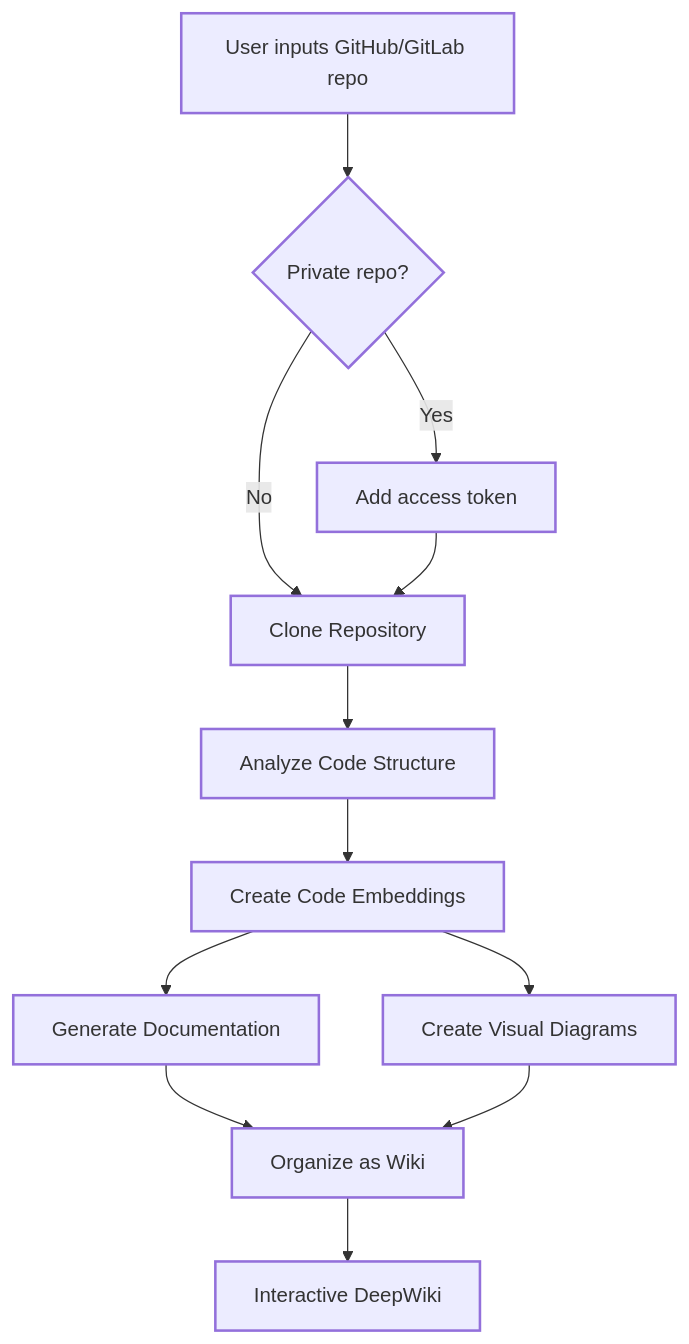
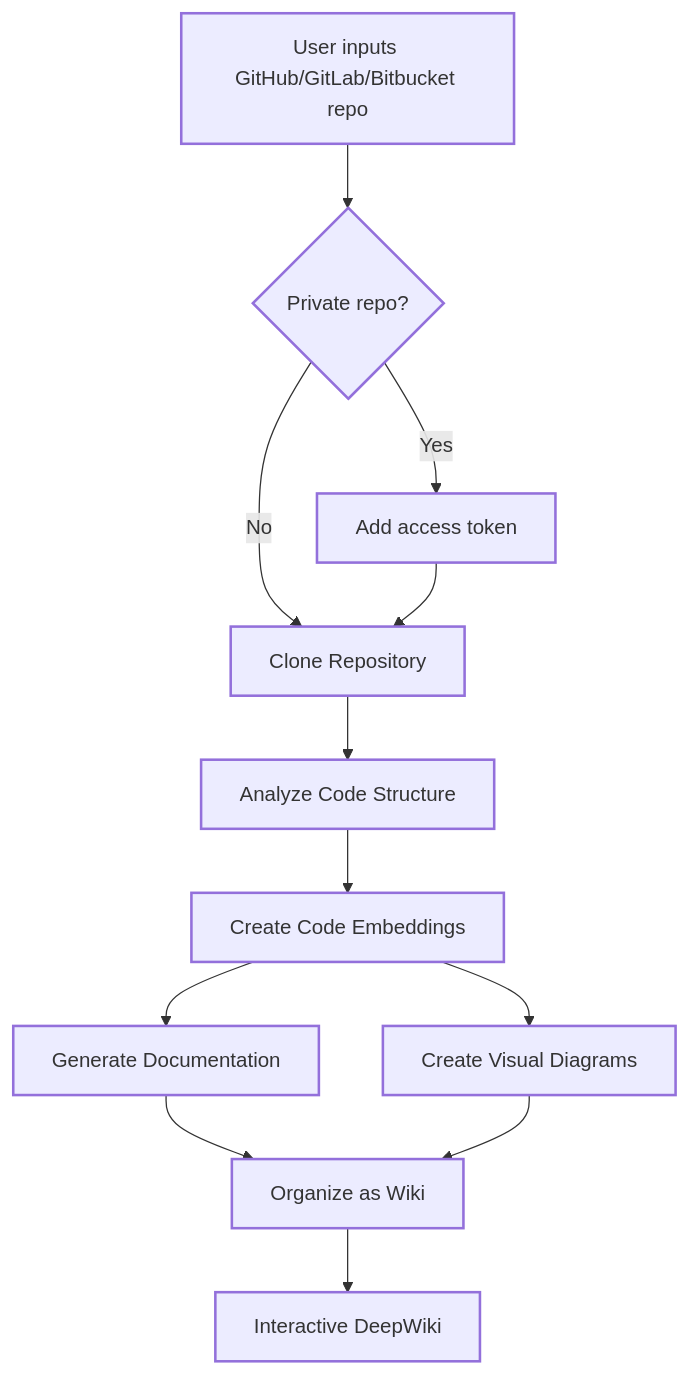
The diagram in README.md (zhlhaohao/deepwiki-open), drawn with Mermaid before and after one commit. The commit also changed other lines of this file and 6 other files, not shown here.

````diff
--- a/README.md
+++ b/README.md
@@ -102,24 +102,24 @@
 ```mermaid
 graph TD
-    A[User inputs GitHub/GitLab repo] --> AA{Private repo?}
+    A[User inputs GitHub/GitLab/Bitbucket repo] --> AA{Private repo?}
     AA -->|Yes| AB[Add access token]
     AA -->|No| B[Clone Repository]
     AB --> B
     B --> C[Analyze Code Structure]
     C --> D[Create Code Embeddings]
     D --> E[Generate Documentation]
     D --> F[Create Visual Diagrams]
     E --> G[Organize as Wiki]
     F --> G
     G --> H[Interactive DeepWiki]
 
     classDef process stroke-width:2px;
     classDef data stroke-width:2px;
     classDef result stroke-width:2px;
     classDef decision stroke-width:2px;
 
     class A,D data;
     class AA decision;
     class B,C,E,F,G,AB process;
     class H result;
 ```
````
